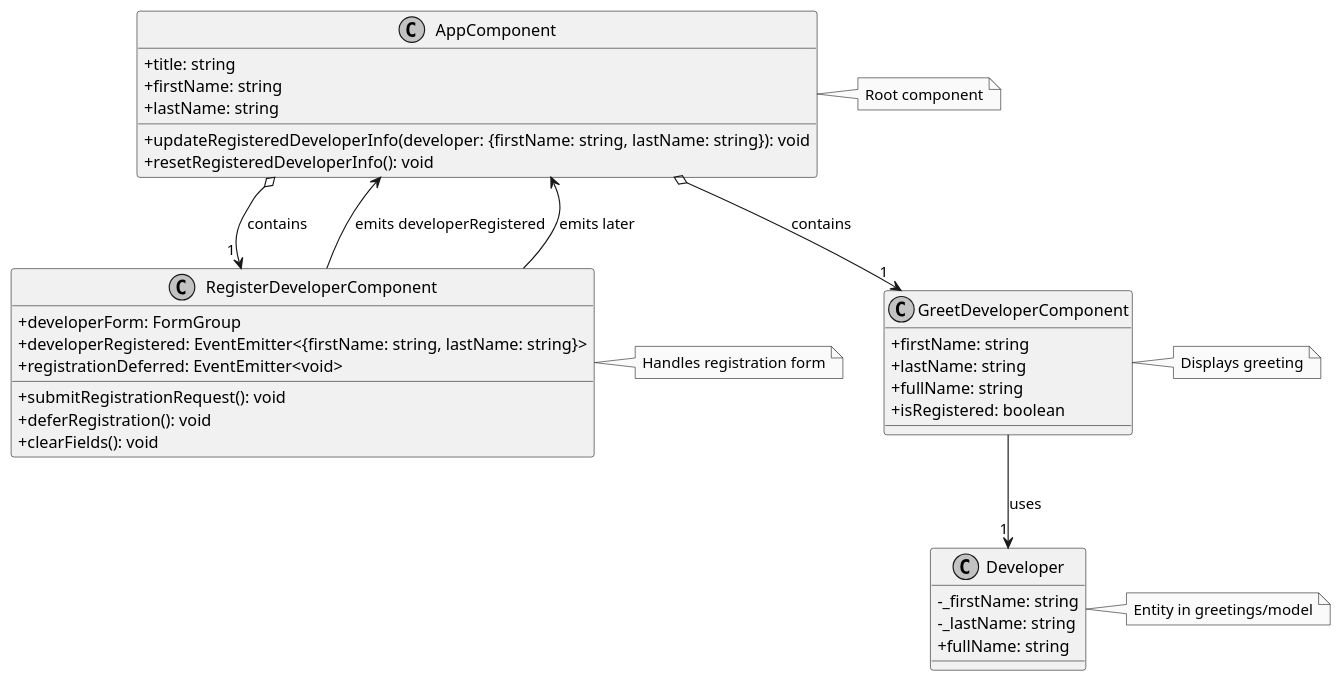
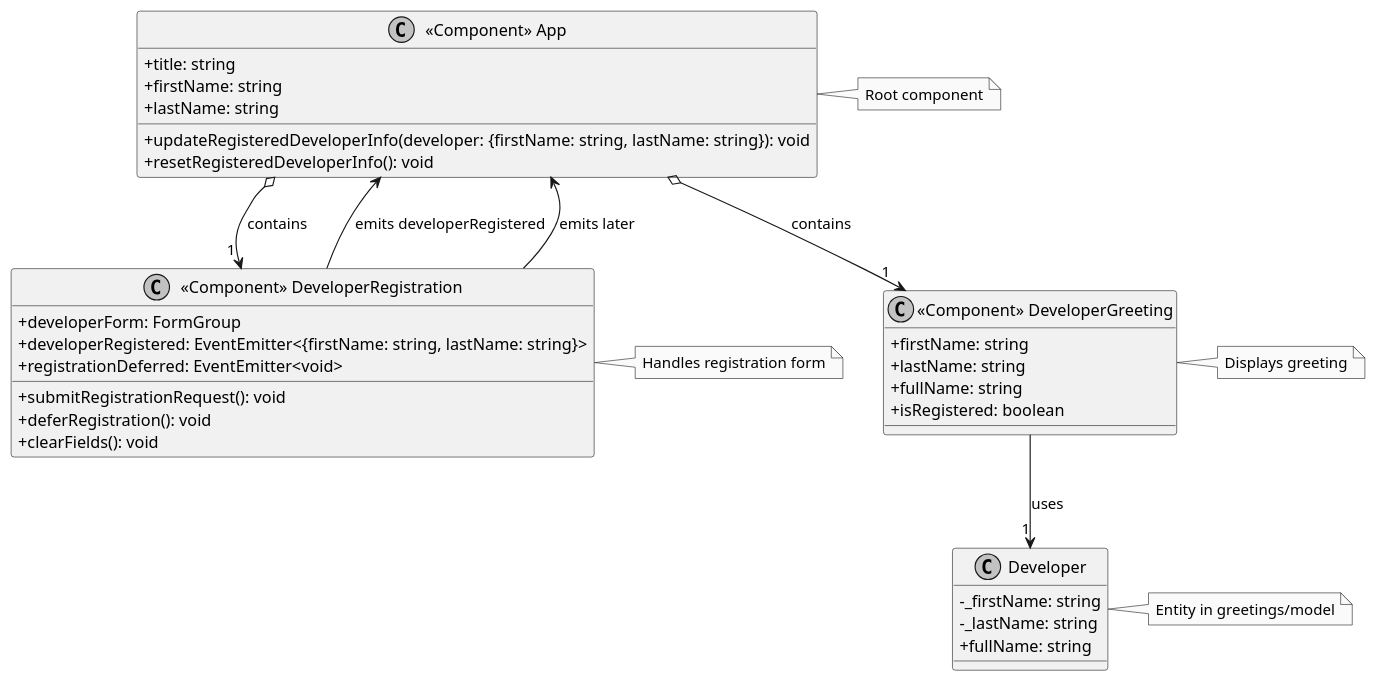
One commit to upc-pre-202620-1asi0729-7742/hello-angular-developer changed the diagram in docs/class-diagram.puml. Above: the diagram before and after it, drawn with PlantUML.

Commit message:
docs: update class names in diagram.

```diff
--- a/docs/class-diagram.puml
+++ b/docs/class-diagram.puml
@@ -1,63 +1,63 @@
 @startuml
 ' Class Diagram for Hello Angular Developer
 
 ' Skin parameters for a cleaner look
 skinparam monochrome true
 skinparam classAttributeIconSize 0
 
 ' Entities and Components
 class Developer {
   -_firstName: string
   -_lastName: string
   +fullName: string
 }
 
-class AppComponent {
+class "«Component» App" as App {
   +title: string
   +firstName: string
   +lastName: string
   +updateRegisteredDeveloperInfo(developer: {firstName: string, lastName: string}): void
   +resetRegisteredDeveloperInfo(): void
 }
 
-class RegisterDeveloperComponent {
+class "«Component» DeveloperRegistration" as DeveloperRegistration {
   +developerForm: FormGroup
   +developerRegistered: EventEmitter<{firstName: string, lastName: string}>
   +registrationDeferred: EventEmitter<void>
   +submitRegistrationRequest(): void
   +deferRegistration(): void
   +clearFields(): void
 }
 
-class GreetDeveloperComponent {
+class "«Component» DeveloperGreeting" as DeveloperGreeting {
   +firstName: string
   +lastName: string
   +fullName: string
   +isRegistered: boolean
 }
 
 ' Relationships
-AppComponent o--> "1" RegisterDeveloperComponent : contains
-AppComponent o--> "1" GreetDeveloperComponent : contains
-RegisterDeveloperComponent --> AppComponent : emits developerRegistered
-RegisterDeveloperComponent --> AppComponent : emits later
-GreetDeveloperComponent --> "1" Developer : uses
+App o--> "1" DeveloperRegistration : contains
+App o--> "1" DeveloperGreeting : contains
+DeveloperRegistration --> App : emits developerRegistered
+DeveloperRegistration --> App : emits later
+DeveloperGreeting --> "1" Developer : uses
 
 ' Notes
 note right of Developer
   Entity in greetings/model
 end note
 
-note right of AppComponent
+note right of App
   Root component
 end note
 
-note right of RegisterDeveloperComponent
+note right of DeveloperRegistration
   Handles registration form
 end note
 
-note right of GreetDeveloperComponent
+note right of DeveloperGreeting
   Displays greeting
 end note
 
 @enduml
```
